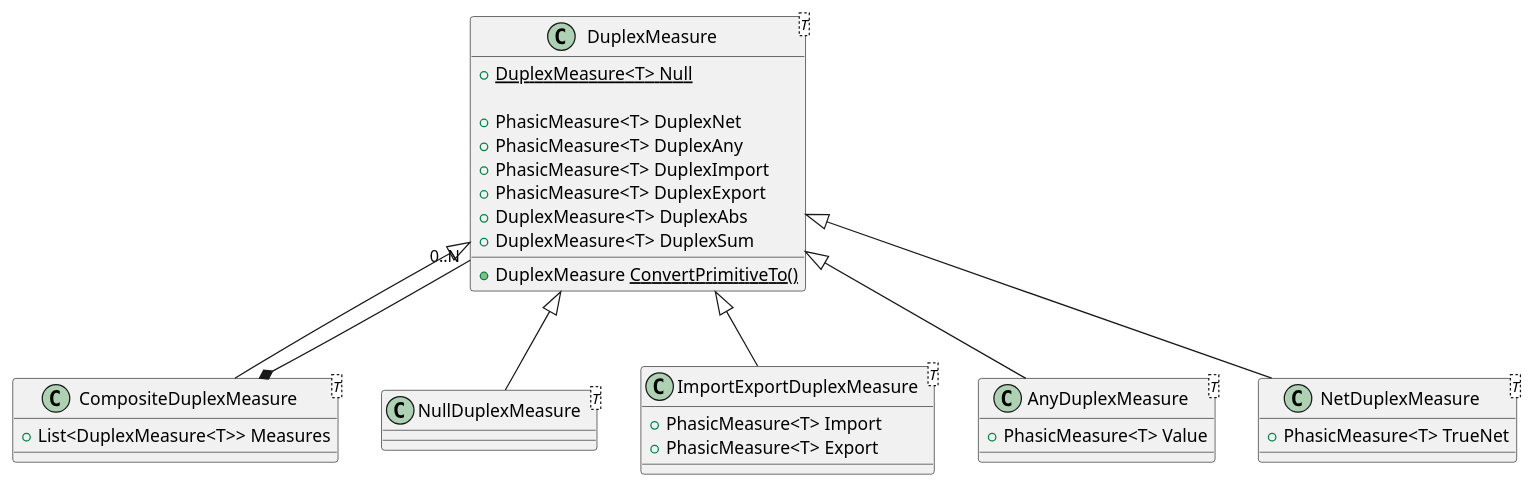
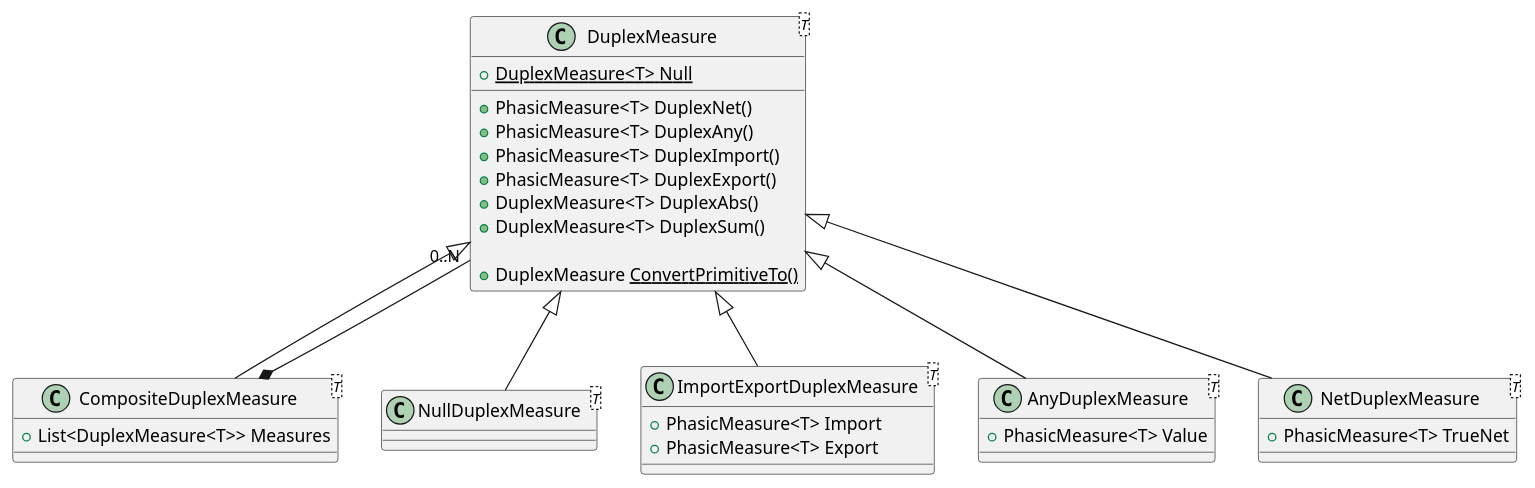
Diagram 12 of 36 in docs/wiki/en/structure/business.md (altibiz/ozds), drawn with PlantUML before and after one commit. The commit also changed other lines of this file and 53 other files, not shown here.

````diff
--- a/docs/wiki/en/structure/business.md
+++ b/docs/wiki/en/structure/business.md
@@ -401,50 +401,50 @@
 ```plantuml
 @startuml
 
 class DuplexMeasure<T>
 {
   + {static} DuplexMeasure<T> Null
 
-  + PhasicMeasure<T> DuplexNet
-  + PhasicMeasure<T> DuplexAny
-  + PhasicMeasure<T> DuplexImport
-  + PhasicMeasure<T> DuplexExport
-  + DuplexMeasure<T> DuplexAbs
-  + DuplexMeasure<T> DuplexSum
+  + PhasicMeasure<T> DuplexNet()
+  + PhasicMeasure<T> DuplexAny()
+  + PhasicMeasure<T> DuplexImport()
+  + PhasicMeasure<T> DuplexExport()
+  + DuplexMeasure<T> DuplexAbs()
+  + DuplexMeasure<T> DuplexSum()
 
   + DuplexMeasure<U> ConvertPrimitiveTo<U>()
 }
 
 class CompositeDuplexMeasure<T>
 {
   + List<DuplexMeasure<T>> Measures
 }
 
 class NullDuplexMeasure<T>
 
 class ImportExportDuplexMeasure<T>
 {
   + PhasicMeasure<T> Import
   + PhasicMeasure<T> Export
 }
 
 class AnyDuplexMeasure<T>
 {
   + PhasicMeasure<T> Value
 }
 
 class NetDuplexMeasure<T>
 {
   + PhasicMeasure<T> TrueNet
 }
 
 CompositeDuplexMeasure *-- "0..N" DuplexMeasure
 
 DuplexMeasure <|-- ImportExportDuplexMeasure
 DuplexMeasure <|-- AnyDuplexMeasure
 DuplexMeasure <|-- NetDuplexMeasure
 DuplexMeasure <|-- NullDuplexMeasure
 DuplexMeasure <|-- CompositeDuplexMeasure
 
 @enduml
 ```
````
